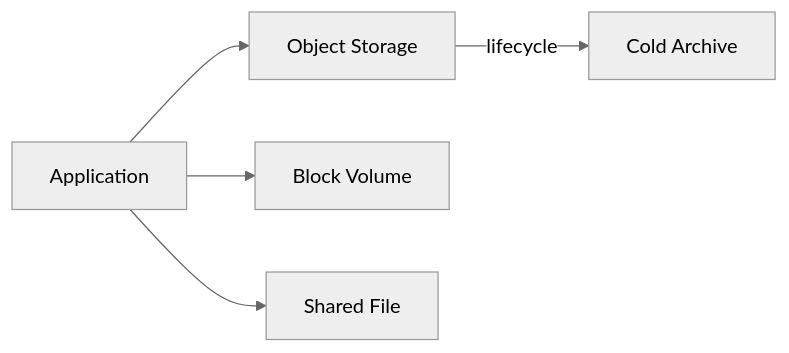
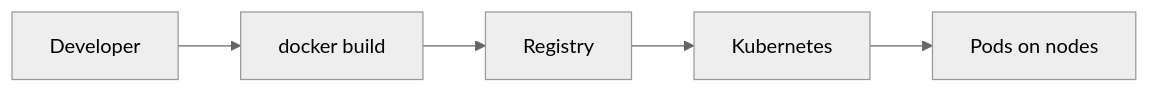
Before and after one commit to hareramcse/SystemDesign: the fourth of 24 diagrams in 11-cloud-and-kubernetes/README.md, drawn with Mermaid (neutral theme). The commit also changed other lines of this file, not shown here.

````diff
--- a/11-cloud-and-kubernetes/README.md
+++ b/11-cloud-and-kubernetes/README.md
@@ -595,7 +2113,7 @@
 ```mermaid
 flowchart LR
-    App[Application] --> S3[Object Storage]
-    App --> EBS[Block Volume]
-    App --> EFS[Shared File]
-    S3 -->|lifecycle| Archive[Cold Archive]
+    Dev[Developer] --> Build[docker build]
+    Build --> Reg[Registry]
+    Reg --> K8s[Kubernetes]
+    K8s --> Pods[Pods on nodes]
 ```
````
